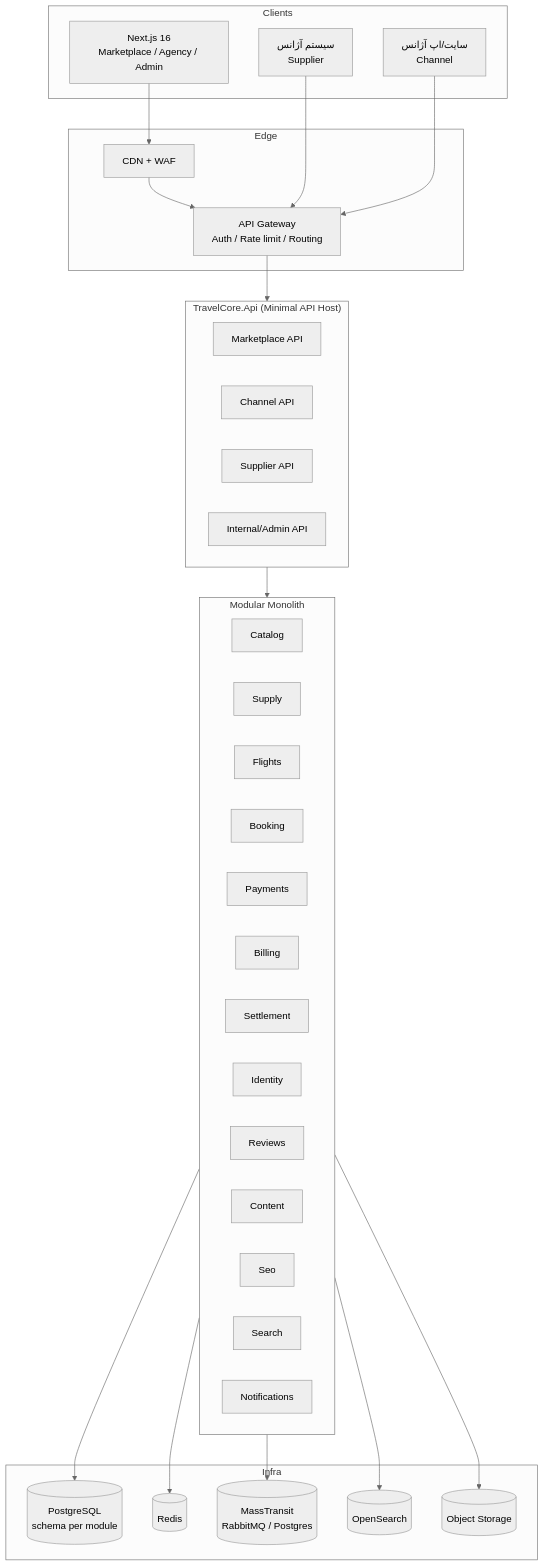
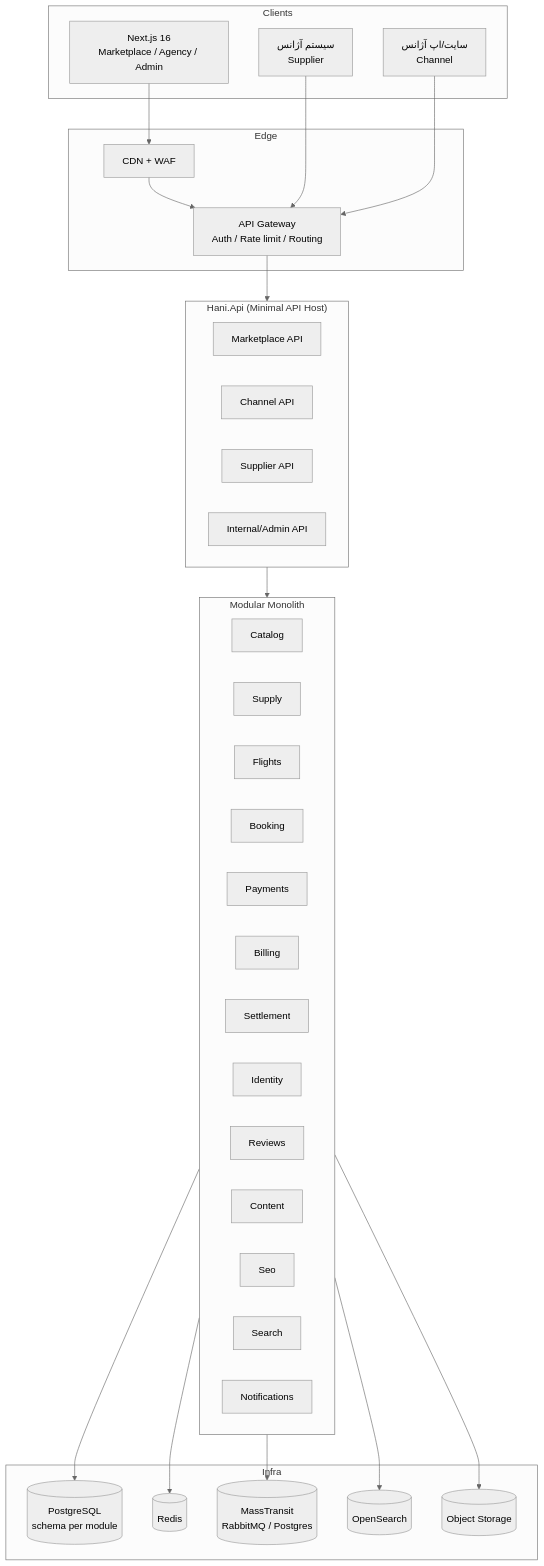
One commit to mrnikiemami-code/Hani changed the first of 3 diagrams in PLAN.md. Above: the diagram before and after it, drawn with Mermaid (neutral theme). The commit also changed other lines of this file and 27 other files, not shown here.

````diff
--- a/PLAN.md
+++ b/PLAN.md
@@ -312,55 +322,55 @@
 ```mermaid
 flowchart TB
   subgraph Clients
     WEB[Next.js 16<br/>Marketplace / Agency / Admin]
     SUP[سیستم آژانس<br/>Supplier]
     CH[سایت/اپ آژانس<br/>Channel]
   end
 
   subgraph Edge
     CDN[CDN + WAF]
     GW[API Gateway<br/>Auth / Rate limit / Routing]
   end
 
-  subgraph App["TravelCore.Api (Minimal API Host)"]
+  subgraph App["Hani.Api (Minimal API Host)"]
     M1[Marketplace API]
     M2[Channel API]
     M3[Supplier API]
     M4[Internal/Admin API]
   end
 
   subgraph Modules["Modular Monolith"]
     CAT[Catalog]
     SUPPLY[Supply]
     FLIGHT[Flights]
     BOOK[Booking]
     PAY[Payments]
     BILL[Billing]
     SET[Settlement]
     IDN[Identity]
     REV[Reviews]
     CONT[Content]
     SEO[Seo]
     SRCH[Search]
     NOTIF[Notifications]
   end
 
   subgraph Infra
     PG[(PostgreSQL<br/>schema per module)]
     REDIS[(Redis)]
     BUS[(MassTransit<br/>RabbitMQ / Postgres)]
     OS[(OpenSearch)]
     S3[(Object Storage)]
   end
 
   WEB --> CDN --> GW
   SUP --> GW
   CH --> GW
   GW --> App
   App --> Modules
   Modules --> PG
   Modules --> REDIS
   Modules --> BUS
   Modules --> OS
   Modules --> S3
 ```
````
